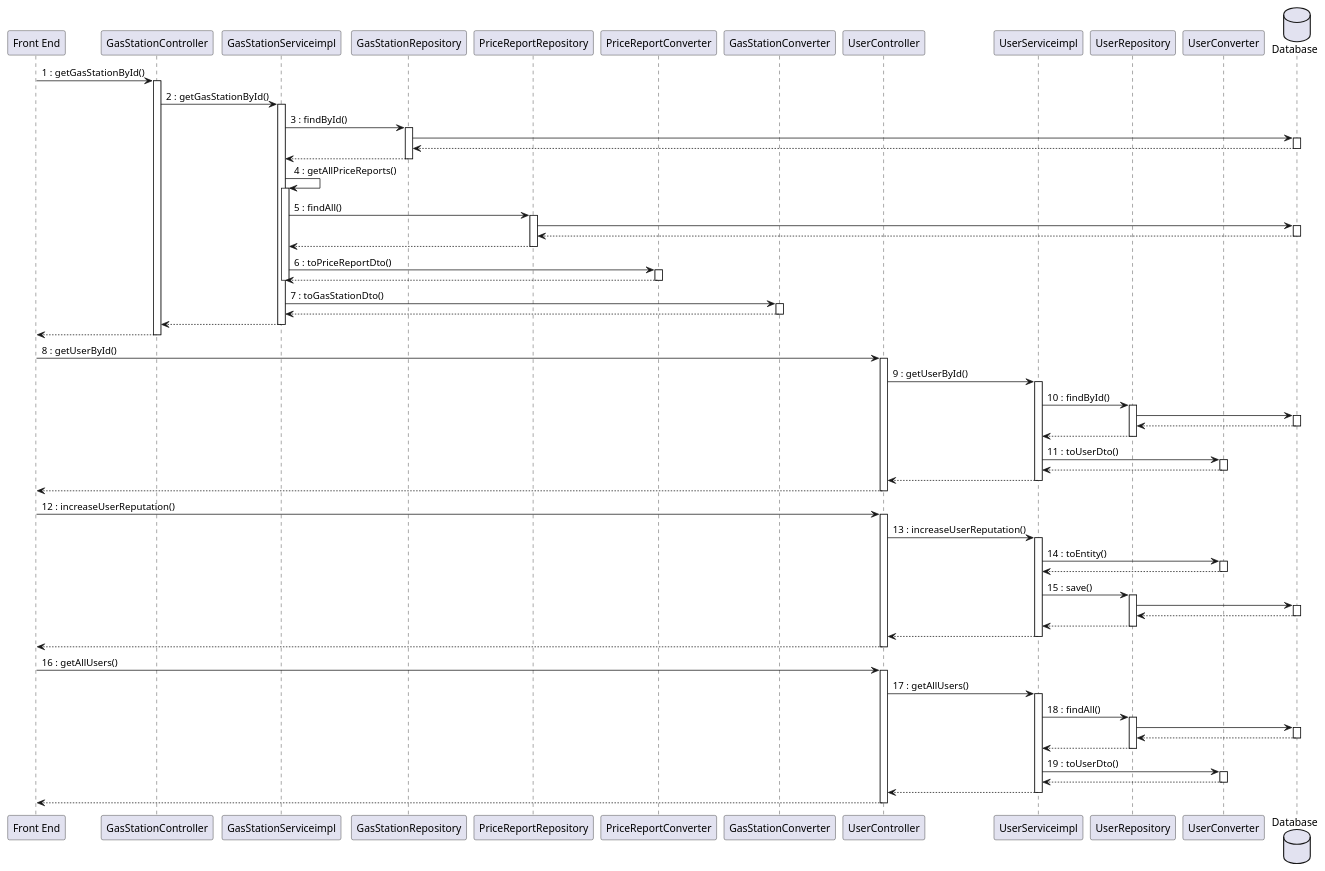
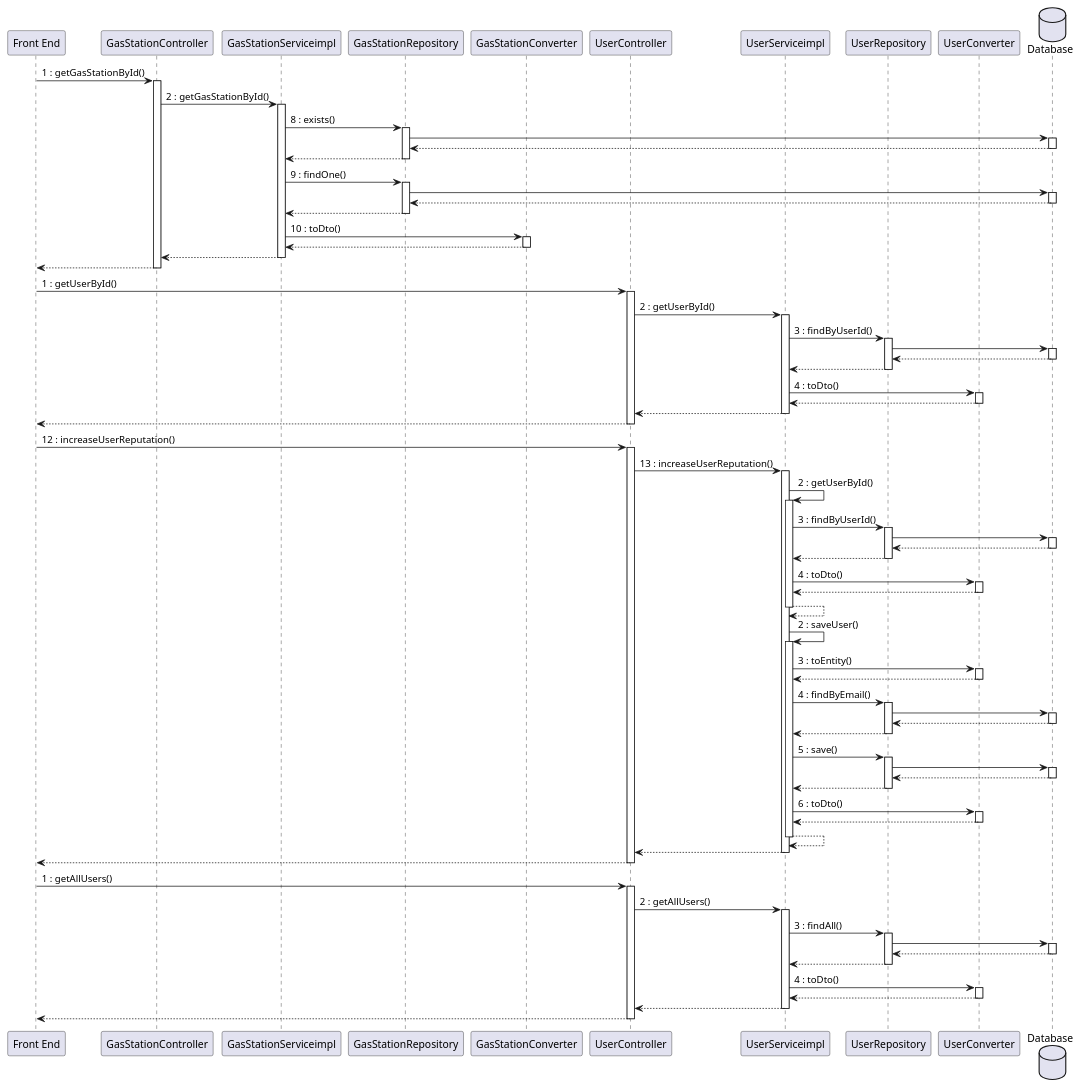
Before and after one commit to mosTavassoli/ezgas: diagram 14 of 15 in docs/DesignDocument.md, drawn with PlantUML. The commit also changed other lines of this file, not shown here.

Commit message:
docs(DesignDocument): edit sequence diagram use case 10.1

```diff
--- a/docs/DesignDocument.md
+++ b/docs/DesignDocument.md
@@ -908,74 +909,97 @@
 "Front End" -> GasStationController:1 : getGasStationById()
 activate GasStationController
 GasStationController -> GasStationServiceimpl:2 : getGasStationById()
+
 activate GasStationServiceimpl
-GasStationServiceimpl -> GasStationRepository:3 : findById()
+GasStationServiceimpl -> GasStationRepository:8 : exists()
 activate GasStationRepository
 GasStationRepository -> Database
 activate Database
 return
 return
-GasStationServiceimpl -> GasStationServiceimpl:4 : getAllPriceReports()
-activate GasStationServiceimpl
-GasStationServiceimpl -> PriceReportRepository:5 : findAll()
-activate PriceReportRepository
-PriceReportRepository -> Database
+GasStationServiceimpl -> GasStationRepository:9 : findOne()
+activate GasStationRepository
+GasStationRepository -> Database
 activate Database
 return
 return
-GasStationServiceimpl -> PriceReportConverter:6 : toPriceReportDto()
-activate PriceReportConverter
-return
-deactivate GasStationServiceimpl
-GasStationServiceimpl -> GasStationConverter:7 : toGasStationDto()
+GasStationServiceimpl -> GasStationConverter:10 : toDto()
 activate GasStationConverter
 return
 return
 return
 
-"Front End" -> UserController:8 : getUserById()
+
+"Front End" -> UserController:1 : getUserById()
 activate UserController
-UserController -> UserServiceimpl:9 : getUserById()
+UserController -> UserServiceimpl:2 : getUserById()
 activate UserServiceimpl
-UserServiceimpl -> UserRepository:10 : findById()
+UserServiceimpl -> UserRepository:3 : findByUserId()
 activate UserRepository
 UserRepository -> Database
 activate Database
 return
 return
-UserServiceimpl -> UserConverter:11 : toUserDto()
+UserServiceimpl -> UserConverter:4 : toDto()
 activate UserConverter
 return
 return
 return
 
+
 "Front End" -> UserController:12 : increaseUserReputation()
 activate UserController
 UserController -> UserServiceimpl:13 : increaseUserReputation()
 activate UserServiceimpl
-UserServiceimpl -> UserConverter:14 : toEntity()
-activate UserConverter
-return
-UserServiceimpl -> UserRepository:15 : save()
+UserServiceimpl -> UserServiceimpl:2 : getUserById()
+activate UserServiceimpl
+UserServiceimpl -> UserRepository:3 : findByUserId()
 activate UserRepository
 UserRepository -> Database
 activate Database
 return
 return
+UserServiceimpl -> UserConverter:4 : toDto()
+activate UserConverter
 return
 return
 
-"Front End" -> UserController:16 : getAllUsers()
-activate UserController
-UserController -> UserServiceimpl:17 : getAllUsers()
+UserServiceimpl -> UserServiceimpl:2 : saveUser()
 activate UserServiceimpl
-UserServiceimpl -> UserRepository:18 : findAll()
+UserServiceimpl -> UserConverter:3 : toEntity()
+activate UserConverter
+return
+UserServiceimpl -> UserRepository:4 : findByEmail()
+activate UserRepository
+UserRepository -> Database:
+activate Database
+return
+return
+UserServiceimpl -> UserRepository:5 : save()
 activate UserRepository
 UserRepository -> Database
 activate Database
 return
 return
-UserServiceimpl -> UserConverter:19 : toUserDto()
+UserServiceimpl -> UserConverter:6 : toDto()
+activate UserConverter
+return
+return
+
+return
+return
+
+"Front End" -> UserController:1 : getAllUsers()
+activate UserController
+UserController -> UserServiceimpl:2 : getAllUsers()
+activate UserServiceimpl
+UserServiceimpl -> UserRepository:3 : findAll()
+activate UserRepository
+UserRepository -> Database
+activate Database
+return
+return
+UserServiceimpl -> UserConverter:4 : toDto()
 activate UserConverter
 return
 return
```
